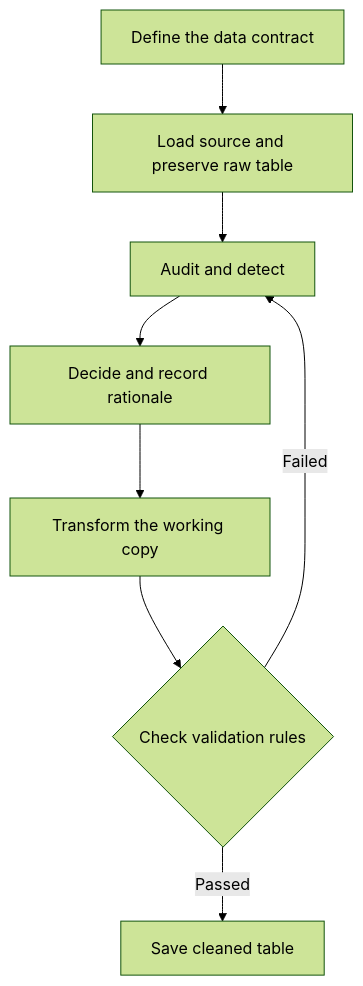
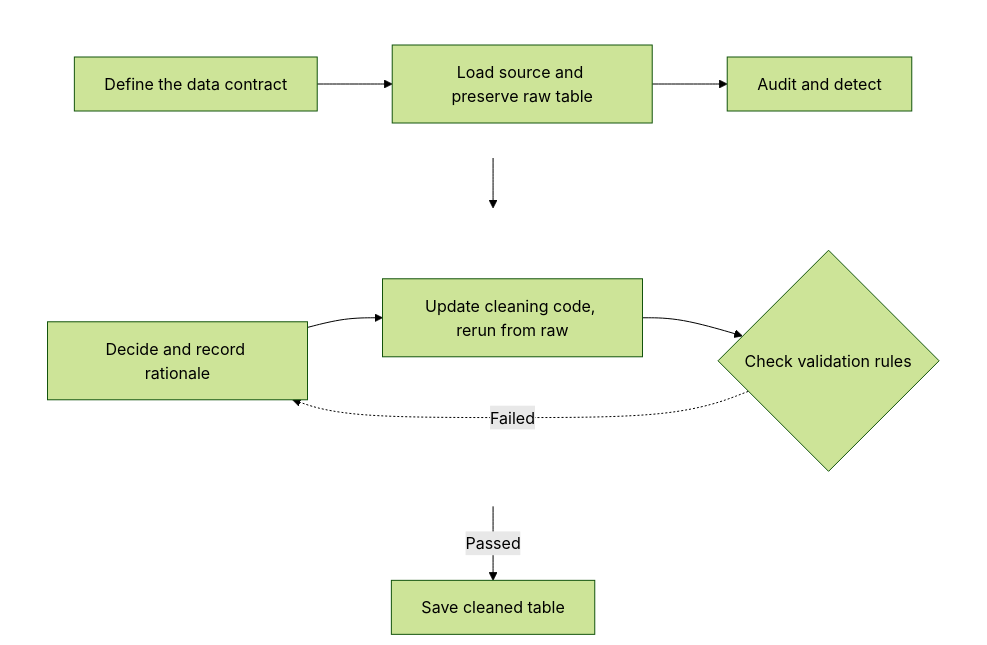
The diagram in 05/README.md (christopherseaman/datasci_217), drawn with Mermaid (forest theme) before and after one commit. The commit also changed other lines of this file and 81 other files, not shown here.

````diff
--- a/05/README.md
+++ b/05/README.md
@@ -755,10 +766,16 @@
 ```mermaid
 graph TD
-    A[Define the data contract] --> B[Load source and preserve raw table]
-    B --> C[Audit and detect]
-    C --> D[Decide and record rationale]
-    D --> E[Transform the working copy]
-    E --> F{Check validation rules}
-    F -->|Failed| C
-    F -->|Passed| G[Save cleaned table]
+    subgraph plan[" "]
+        direction LR
+        A[Define the data contract] --> B[Load source and preserve raw table] --> C[Audit and detect]
+    end
+    subgraph clean[" "]
+        direction LR
+        D[Decide and record rationale] --> E[Update cleaning code, rerun from raw] --> F{Check validation rules}
+        F -.->|Failed| D
+    end
+    plan --> clean
+    clean -->|Passed| G[Save cleaned table]
+    style plan fill:none,stroke:none
+    style clean fill:none,stroke:none
 ```
````
